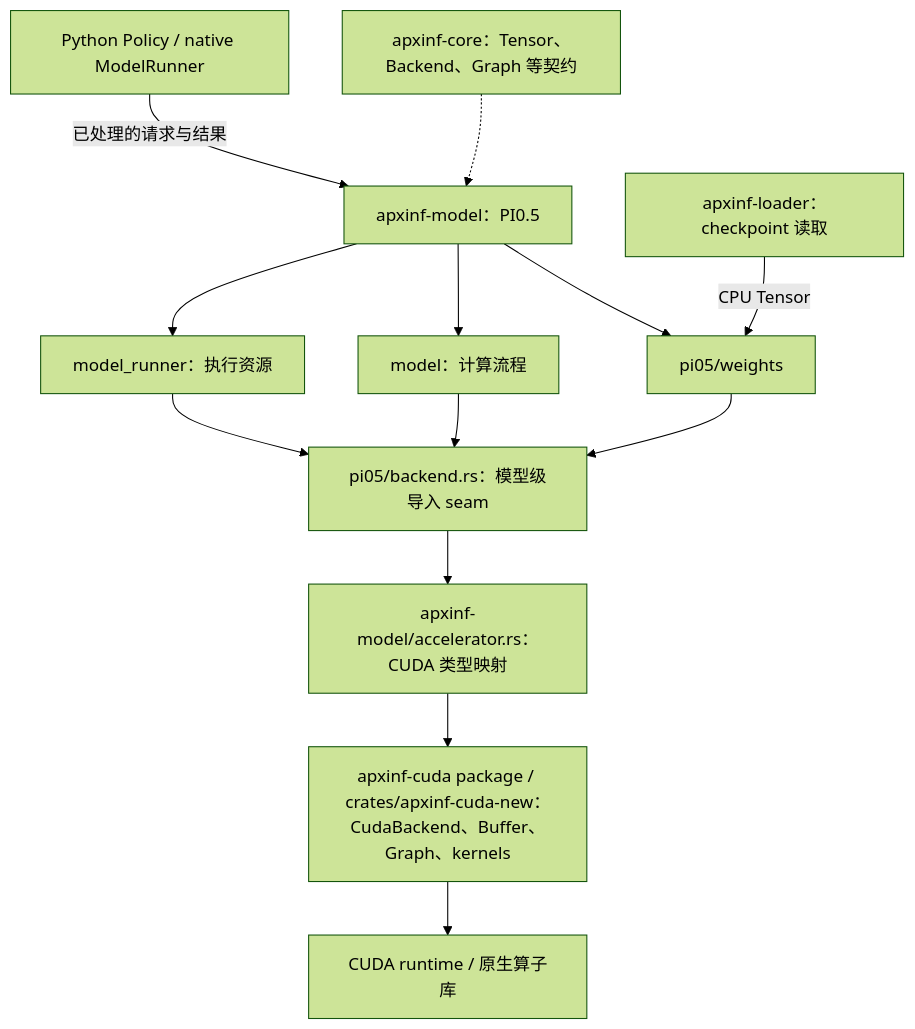
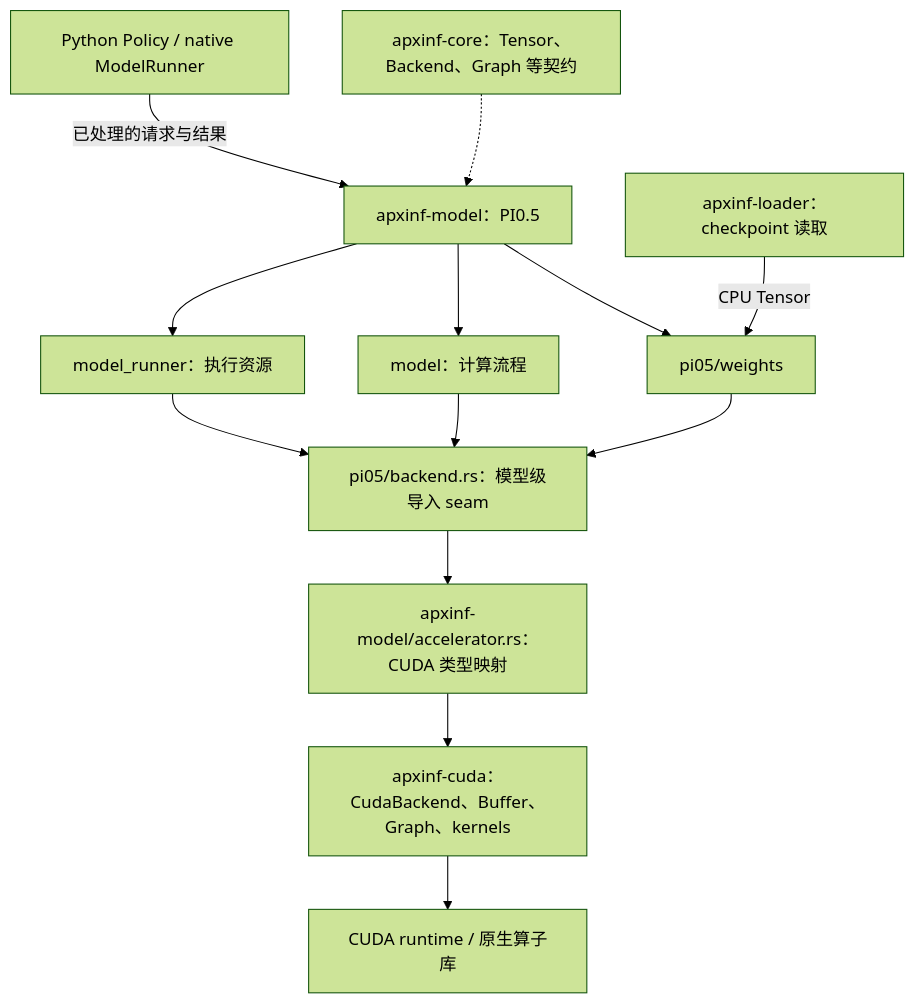
The third of 6 diagrams in doc/model-lifecycle/architecture.md (ChenxiHe231/ApxInf), drawn with Mermaid (forest theme) before and after one commit. The commit also changed other lines of this file and 24 other files, not shown here.

````diff
--- a/doc/model-lifecycle/architecture.md
+++ b/doc/model-lifecycle/architecture.md
@@ -318,15 +317,15 @@
 ```mermaid
 flowchart TD
     U[Python Policy / native ModelRunner] -->|已处理的请求与结果| M[apxinf-model：PI0.5]
     C[apxinf-core：Tensor、Backend、Graph 等契约] -.-> M
     L[apxinf-loader：checkpoint 读取] -->|CPU Tensor| W[pi05/weights]
     M --> E[model_runner：执行资源]
     M --> N[model：计算流程]
     M --> W
     E --> B[pi05/backend.rs：模型级导入 seam]
     N --> B
     W --> B
     B --> A[apxinf-model/accelerator.rs：CUDA 类型映射]
-    A --> D[apxinf-cuda package / crates/apxinf-cuda-new：CudaBackend、Buffer、Graph、kernels]
+    A --> D[apxinf-cuda：CudaBackend、Buffer、Graph、kernels]
     D --> G[CUDA runtime / 原生算子库]
 ```
````
